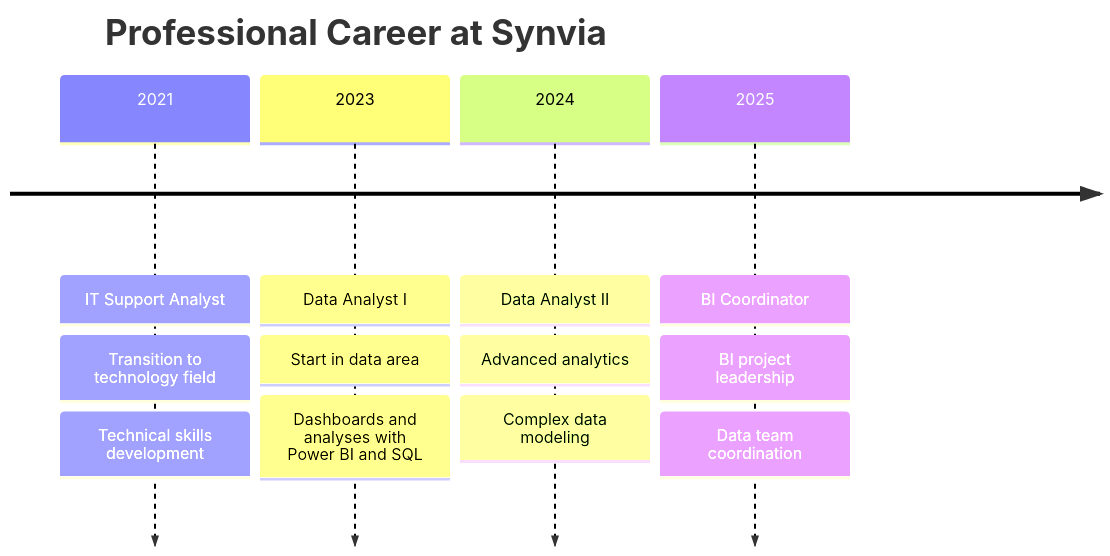
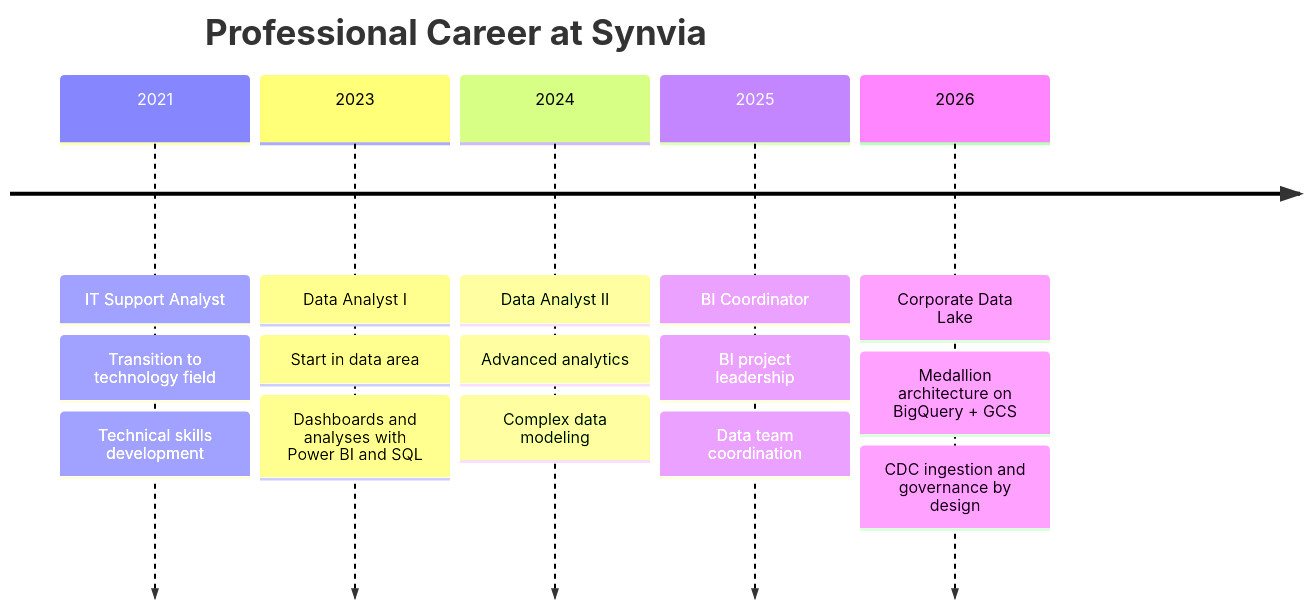
The third of 4 diagrams in README.md (WashingtonGomesGouvea/WashingtonGomesGouvea), drawn with Mermaid before and after one commit. The commit also changed other lines of this file, not shown here.

Commit message:
docs: add 2026 corporate data lake highlights

````diff
--- a/README.md
+++ b/README.md
@@ -187,16 +225,19 @@
 ```mermaid
 timeline
     title Professional Career at Synvia
     2021 : IT Support Analyst
          : Transition to technology field
          : Technical skills development
     2023 : Data Analyst I
          : Start in data area
          : Dashboards and analyses with Power BI and SQL
     2024 : Data Analyst II
          : Advanced analytics
          : Complex data modeling
     2025 : BI Coordinator
          : BI project leadership
          : Data team coordination
+    2026 : Corporate Data Lake
+         : Medallion architecture on BigQuery + GCS
+         : CDC ingestion and governance by design
 ```
````
